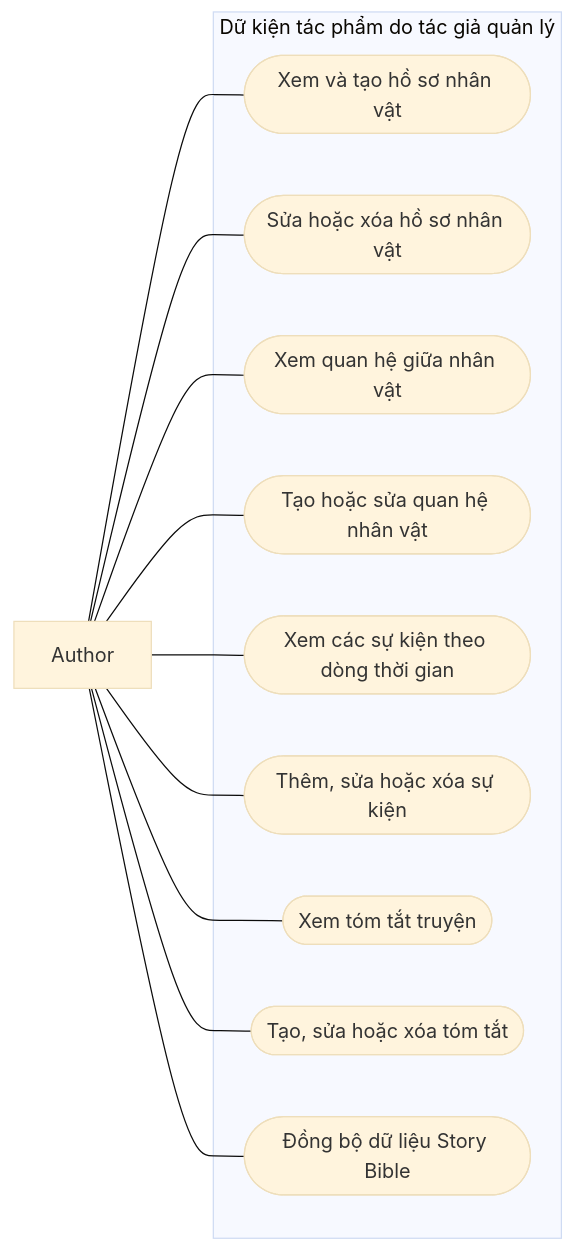
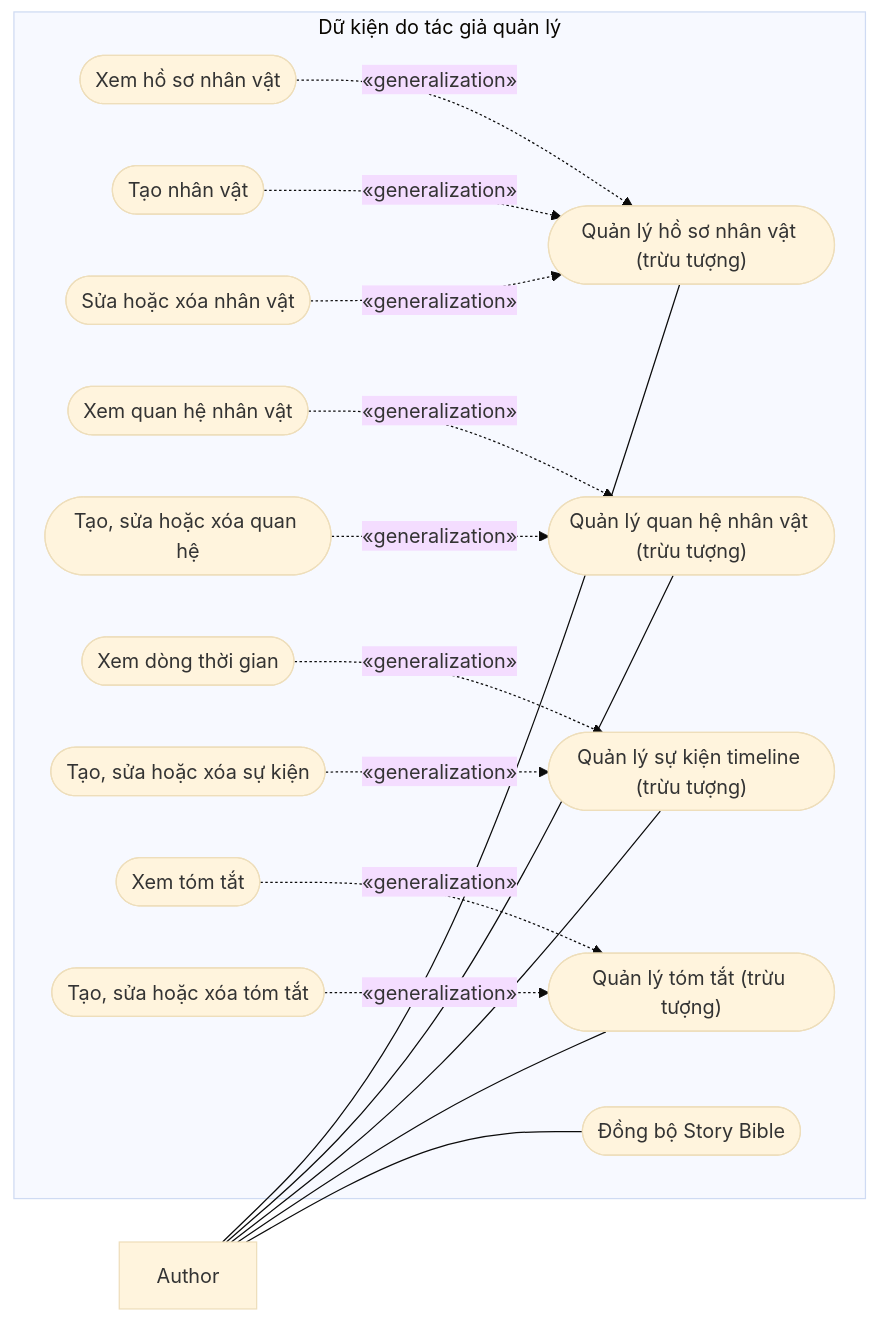
Before and after one commit to Ephurin/Novel_sharing_platform: the second of 2 diagrams in docs/chuong-3-so-do/01b-usecase-tac-gia.md, drawn with Mermaid (base theme). The commit also changed other lines of this file, not shown here.

Commit message:
docs: correct use case hierarchy and UML relationships

````diff
--- a/docs/chuong-3-so-do/01b-usecase-tac-gia.md
+++ b/docs/chuong-3-so-do/01b-usecase-tac-gia.md
@@ -46,24 +55,34 @@
 ```mermaid
 flowchart LR
     A["Author"]
-    subgraph SYS["Dữ kiện tác phẩm do tác giả quản lý"]
-        U1(["Xem và tạo hồ sơ nhân vật"])
-        U2(["Sửa hoặc xóa hồ sơ nhân vật"])
-        U3(["Xem quan hệ giữa nhân vật"])
-        U4(["Tạo hoặc sửa quan hệ nhân vật"])
-        U5(["Xem các sự kiện theo dòng thời gian"])
-        U6(["Thêm, sửa hoặc xóa sự kiện"])
-        U7(["Xem tóm tắt truyện"])
-        U8(["Tạo, sửa hoặc xóa tóm tắt"])
-        U9(["Đồng bộ dữ liệu Story Bible"])
+    subgraph SYS["Dữ kiện do tác giả quản lý"]
+        U1(["Quản lý hồ sơ nhân vật (trừu tượng)"])
+        U2(["Xem hồ sơ nhân vật"])
+        U3(["Tạo nhân vật"])
+        U4(["Sửa hoặc xóa nhân vật"])
+        U5(["Quản lý quan hệ nhân vật (trừu tượng)"])
+        U6(["Xem quan hệ nhân vật"])
+        U7(["Tạo, sửa hoặc xóa quan hệ"])
+        U8(["Quản lý sự kiện timeline (trừu tượng)"])
+        U9(["Xem dòng thời gian"])
+        U10(["Tạo, sửa hoặc xóa sự kiện"])
+        U11(["Quản lý tóm tắt (trừu tượng)"])
+        U12(["Xem tóm tắt"])
+        U13(["Tạo, sửa hoặc xóa tóm tắt"])
+        U14(["Đồng bộ Story Bible"])
     end
     A --- U1
-    A --- U2
-    A --- U3
-    A --- U4
     A --- U5
-    A --- U6
-    A --- U7
     A --- U8
-    A --- U9
+    A --- U11
+    A --- U14
+    U2 -.->|"«generalization»"| U1
+    U3 -.->|"«generalization»"| U1
+    U4 -.->|"«generalization»"| U1
+    U6 -.->|"«generalization»"| U5
+    U7 -.->|"«generalization»"| U5
+    U9 -.->|"«generalization»"| U8
+    U10 -.->|"«generalization»"| U8
+    U12 -.->|"«generalization»"| U11
+    U13 -.->|"«generalization»"| U11
 ```
````
